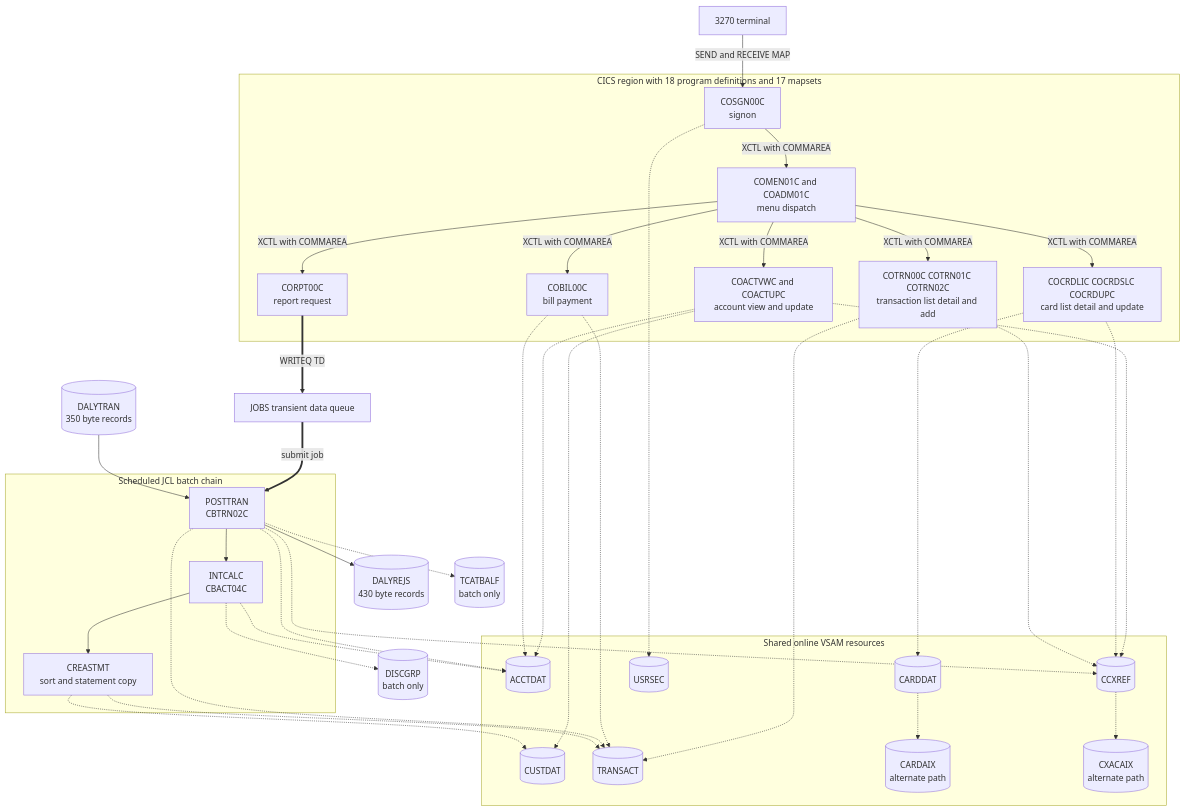
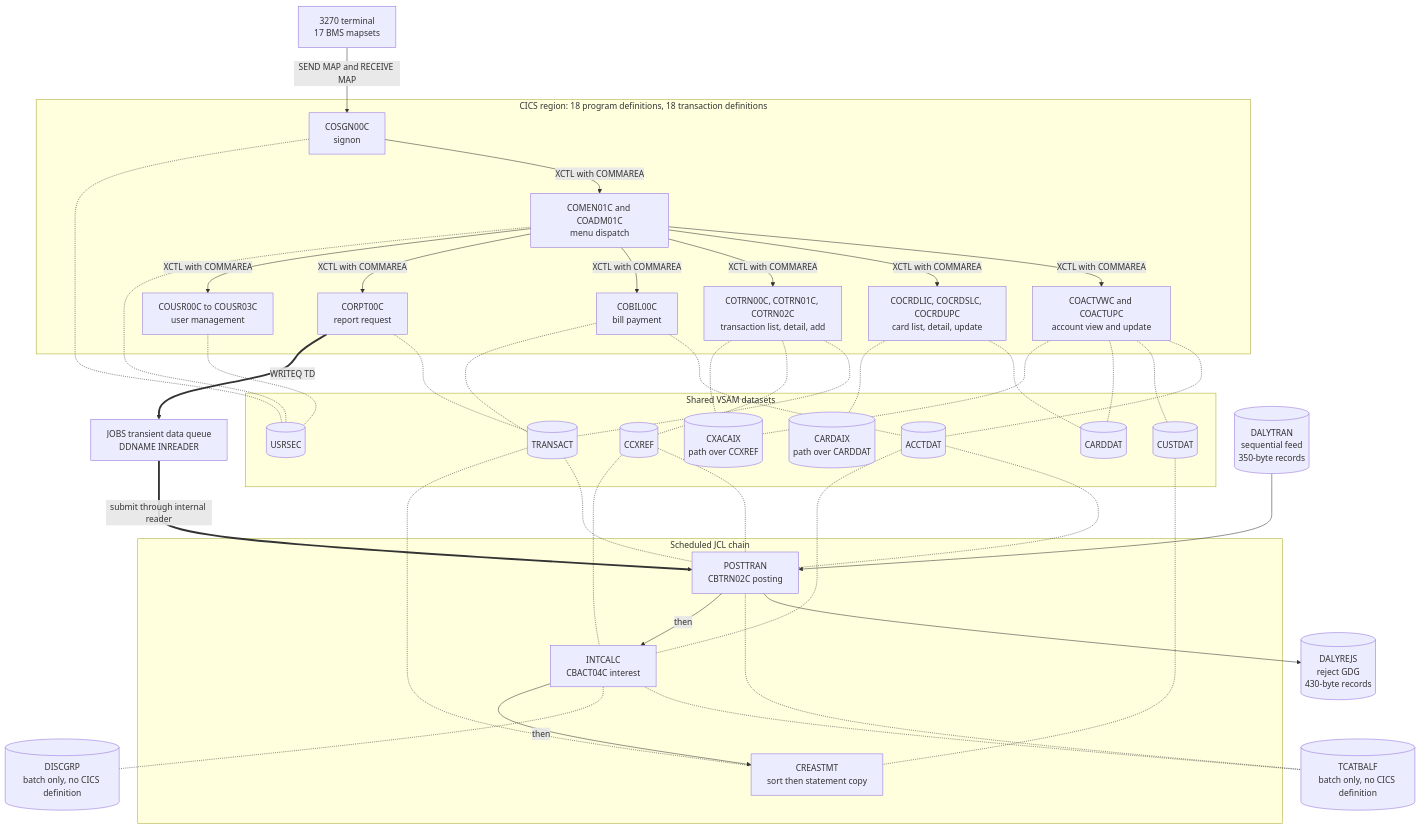
The first of 2 diagrams in card-platform/docs/architecture-before-after.md (blitzy-public-samples/aws-carddemo-blitzy), drawn with Mermaid before and after one commit. The commit also changed other lines of this file and 3 other files, not shown here.

First line of the commit message:
Centre the before view on the shared datasets and record the account end state and truncation expectations

````diff
--- a/card-platform/docs/architecture-before-after.md
+++ b/card-platform/docs/architecture-before-after.md
@@ -13,74 +11,83 @@
 ```mermaid
 graph TB
-    TERM["3270 terminal"]
+    TERM["3270 terminal<br/>17 BMS mapsets"]
 
-    subgraph CICS["CICS region with 18 program definitions and 17 mapsets"]
+    subgraph CICS["CICS region: 18 program definitions, 18 transaction definitions"]
         SGN["COSGN00C<br/>signon"]
         MENU["COMEN01C and COADM01C<br/>menu dispatch"]
         ACT["COACTVWC and COACTUPC<br/>account view and update"]
-        CARD["COCRDLIC COCRDSLC COCRDUPC<br/>card list detail and update"]
-        TRAN["COTRN00C COTRN01C COTRN02C<br/>transaction list detail and add"]
+        CARD["COCRDLIC, COCRDSLC, COCRDUPC<br/>card list, detail, update"]
+        TRAN["COTRN00C, COTRN01C, COTRN02C<br/>transaction list, detail, add"]
         BILL["COBIL00C<br/>bill payment"]
         REPORT["CORPT00C<br/>report request"]
+        USERADM["COUSR00C to COUSR03C<br/>user management"]
     end
 
-    subgraph ONLINE["Shared online VSAM resources"]
+    JOBS["JOBS transient data queue<br/>DDNAME INREADER"]
+
+    subgraph SHARED["Shared VSAM datasets"]
         ACCT[("ACCTDAT")]
         CARDDAT[("CARDDAT")]
         XREF[("CCXREF")]
         CUST[("CUSTDAT")]
         TRANS[("TRANSACT")]
         USER[("USRSEC")]
-        CARDAIX[("CARDAIX<br/>alternate path")]
-        CXACAIX[("CXACAIX<br/>alternate path")]
+        CARDAIX[("CARDAIX<br/>path over CARDDAT")]
+        CXACAIX[("CXACAIX<br/>path over CCXREF")]
     end
 
-    subgraph BATCH["Scheduled JCL batch chain"]
-        POST["POSTTRAN<br/>CBTRN02C"]
-        INTEREST["INTCALC<br/>CBACT04C"]
-        STMT["CREASTMT<br/>sort and statement copy"]
+    subgraph BATCH["Scheduled JCL chain"]
+        POST["POSTTRAN<br/>CBTRN02C posting"]
+        INTEREST["INTCALC<br/>CBACT04C interest"]
+        STMT["CREASTMT<br/>sort then statement copy"]
     end
 
-    DAILY[("DALYTRAN<br/>350 byte records")]
-    REJECTS[("DALYREJS<br/>430 byte records")]
-    TCAT[("TCATBALF<br/>batch only")]
-    DISC[("DISCGRP<br/>batch only")]
-    JOBS["JOBS transient data queue"]
+    DAILY[("DALYTRAN<br/>sequential feed<br/>350-byte records")]
+    REJECTS[("DALYREJS<br/>reject GDG<br/>430-byte records")]
+    TCAT[("TCATBALF<br/>batch only, no CICS definition")]
+    DISC[("DISCGRP<br/>batch only, no CICS definition")]
 
-    TERM -->|"SEND and RECEIVE MAP"| SGN
+    TERM -->|"SEND MAP and RECEIVE MAP"| SGN
     SGN -->|"XCTL with COMMAREA"| MENU
     MENU -->|"XCTL with COMMAREA"| ACT
     MENU -->|"XCTL with COMMAREA"| CARD
     MENU -->|"XCTL with COMMAREA"| TRAN
     MENU -->|"XCTL with COMMAREA"| BILL
     MENU -->|"XCTL with COMMAREA"| REPORT
+    MENU -->|"XCTL with COMMAREA"| USERADM
 
-    SGN -.-> USER
-    ACT -.-> ACCT
-    ACT -.-> XREF
-    ACT -.-> CUST
-    CARD -.-> CARDDAT
-    CARD -.-> XREF
-    TRAN -.-> TRANS
-    TRAN -.-> XREF
-    BILL -.-> ACCT
-    BILL -.-> TRANS
-
-    CARDDAT -.-> CARDAIX
-    XREF -.-> CXACAIX
+    SGN -.- USER
+    MENU -.- USER
+    USERADM -.- USER
+    ACT -.- ACCT
+    ACT -.- CUST
+    ACT -.- CARDDAT
+    ACT -.- CXACAIX
+    CARD -.- CARDDAT
+    CARD -.- CARDAIX
+    TRAN -.- TRANS
+    TRAN -.- XREF
+    TRAN -.- CXACAIX
+    BILL -.- ACCT
+    BILL -.- TRANS
+    REPORT -.- TRANS
 
     REPORT ==>|"WRITEQ TD"| JOBS
-    JOBS ==>|"submit job"| POST
+    JOBS ==>|"submit through internal reader"| POST
+
+    ACCT -.- POST
+    XREF -.- POST
+    TRANS -.- POST
+    ACCT -.- INTEREST
+    XREF -.- INTEREST
+    TRANS -.- STMT
+    CUST -.- STMT
+
     DAILY --> POST
     POST --> REJECTS
-    POST -.-> ACCT
-    POST -.-> XREF
-    POST -.-> TRANS
-    POST -.-> TCAT
-    POST --> INTEREST
-    INTEREST -.-> ACCT
-    INTEREST -.-> DISC
-    INTEREST --> STMT
-    STMT -.-> TRANS
-    STMT -.-> CUST
+    POST -.- TCAT
+    INTEREST -.- TCAT
+    INTEREST -.- DISC
+    POST -->|"then"| INTEREST
+    INTEREST -->|"then"| STMT
 ```
````
